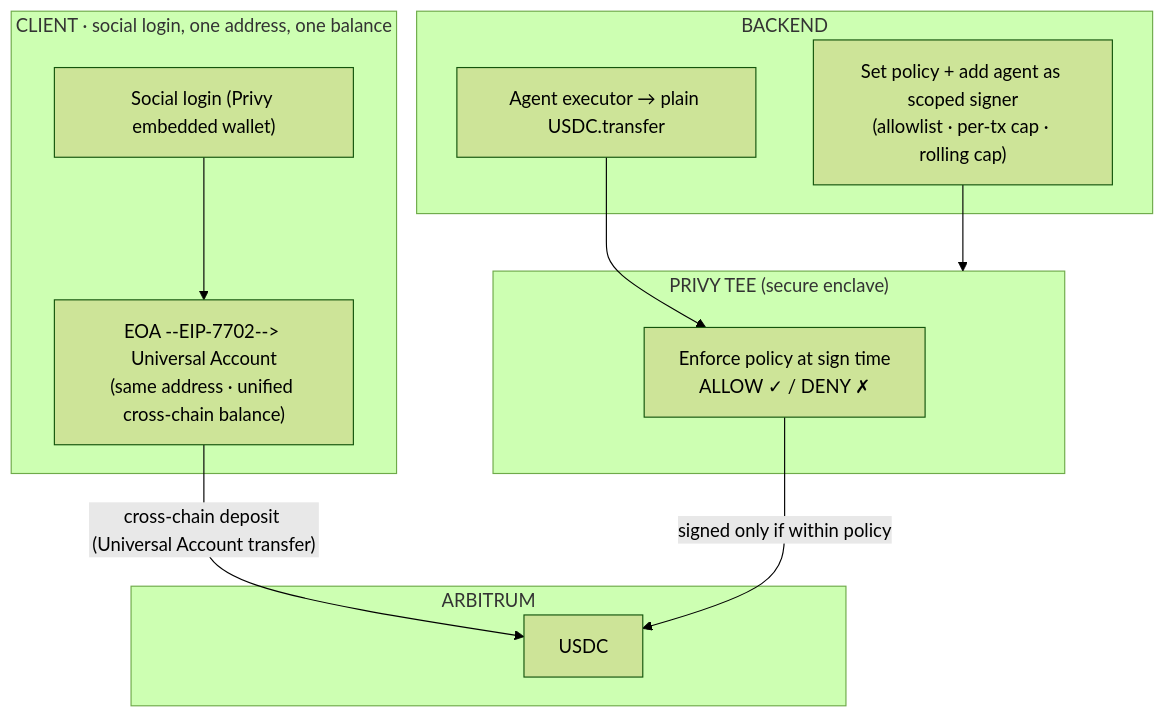
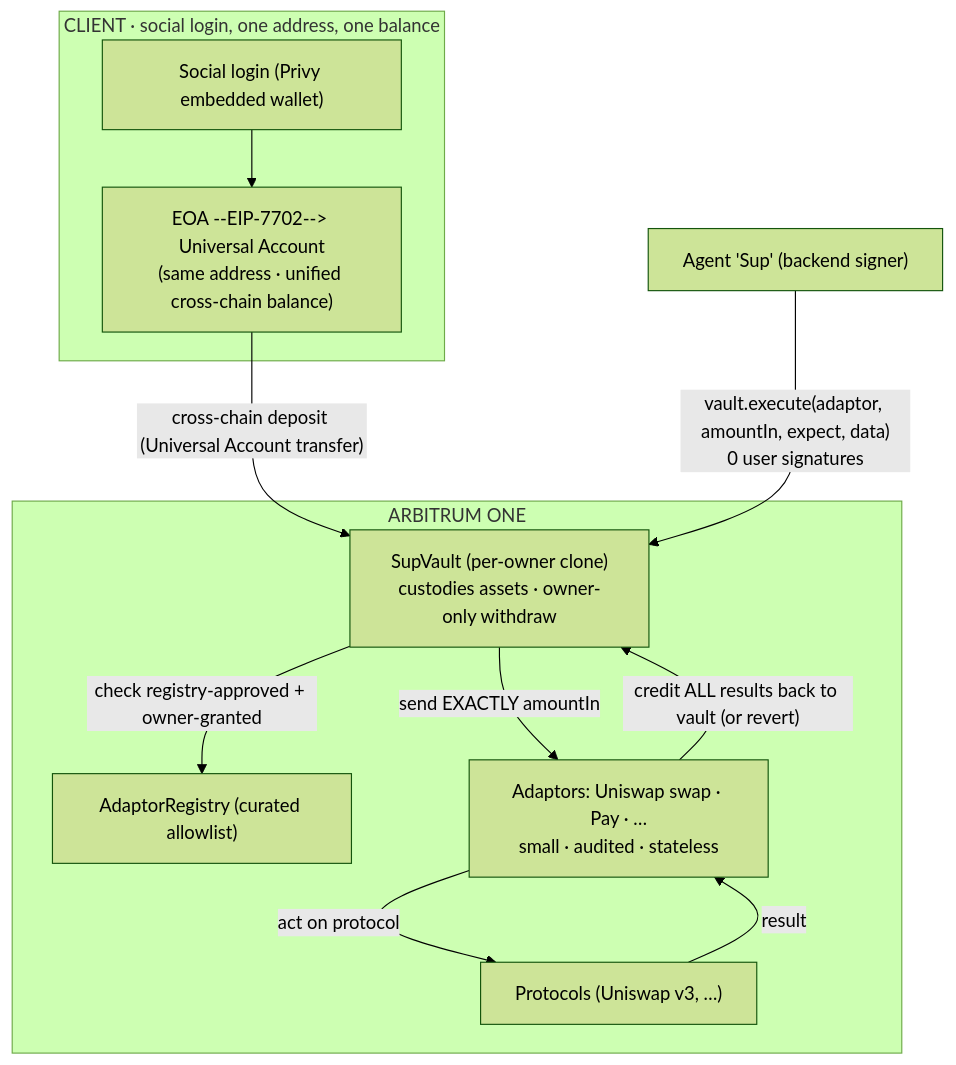
The diagram in README.md (Sup-Wallet/supwallet-evm-universal), drawn with Mermaid (forest theme) before and after one commit. The commit also changed other lines of this file and 1 other file, not shown here.

First line of the commit message:
Update architecture to the shipped SupVault + adaptor model

````diff
--- a/README.md
+++ b/README.md
@@ -48,26 +49,23 @@
 ```mermaid
 flowchart TB
     subgraph client["CLIENT · social login, one address, one balance"]
         L["Social login (Privy embedded wallet)"]
         UA["EOA --EIP-7702--> Universal Account<br/>(same address · unified cross-chain balance)"]
         L --> UA
     end
 
-    subgraph backend["BACKEND"]
-        POL["Set policy + add agent as scoped signer<br/>(allowlist · per-tx cap · rolling cap)"]
-        EXE["Agent executor → plain USDC.transfer"]
+    subgraph chain["ARBITRUM ONE"]
+        V["SupVault (per-owner clone)<br/>custodies assets · owner-only withdraw"]
+        REG["AdaptorRegistry (curated allowlist)"]
+        AD["Adaptors: Uniswap swap · Pay · …<br/>small · audited · stateless"]
+        PROT["Protocols (Uniswap v3, …)"]
     end
 
-    subgraph tee["PRIVY TEE (secure enclave)"]
-        CHK["Enforce policy at sign time<br/>ALLOW ✓ / DENY ✗"]
-    end
-
-    subgraph chain["ARBITRUM"]
-        USDC["USDC"]
-    end
-
-    UA -- "cross-chain deposit (Universal Account transfer)" --> USDC
-    POL --> tee
-    EXE --> CHK
-    CHK -- "signed only if within policy" --> USDC
+    UA -- "cross-chain deposit (Universal Account transfer)" --> V
+    AGENT["Agent 'Sup' (backend signer)"] -- "vault.execute(adaptor, amountIn, expect, data)<br/>0 user signatures" --> V
+    V -- "check registry-approved + owner-granted" --> REG
+    V -- "send EXACTLY amountIn" --> AD
+    AD -- "act on protocol" --> PROT
+    PROT -- "result" --> AD
+    AD -- "credit ALL results back to vault (or revert)" --> V
 ```
````
